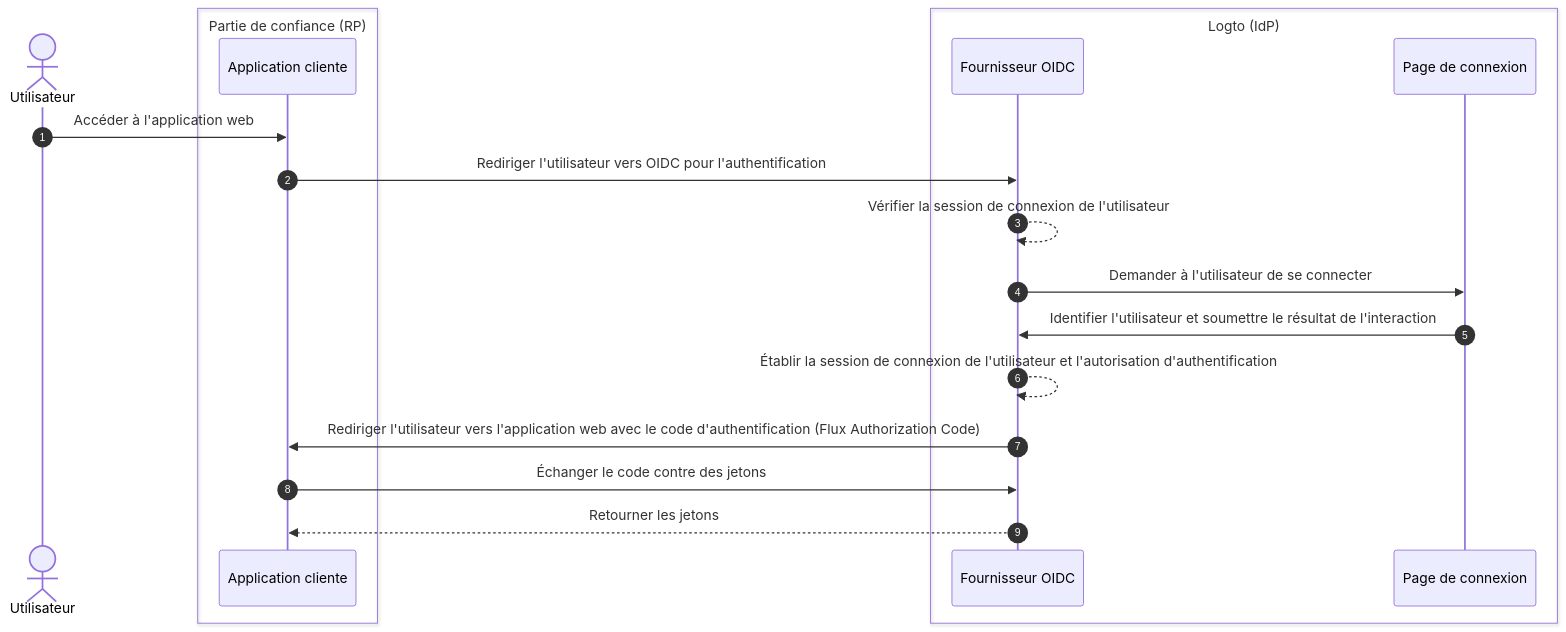
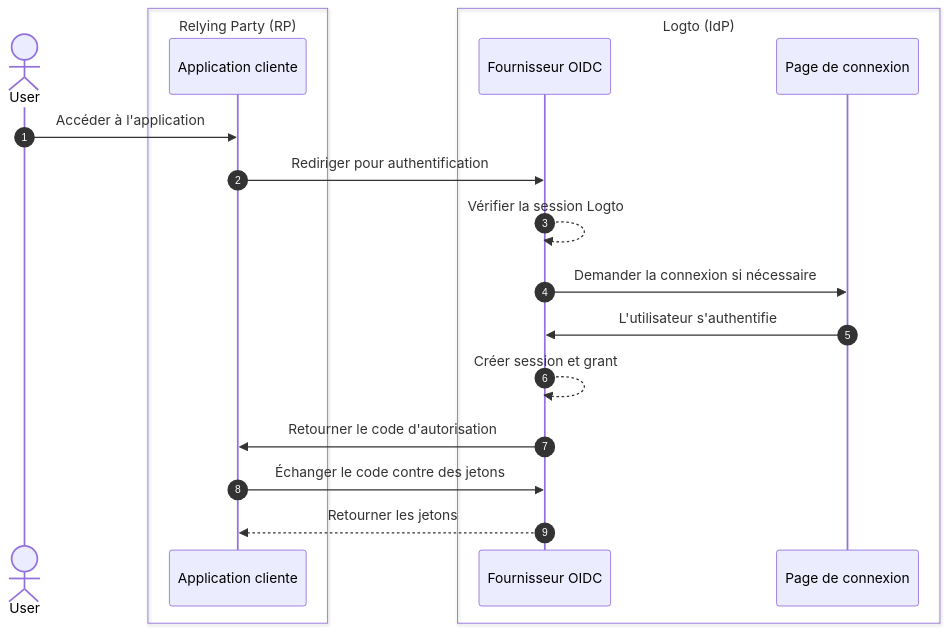
One commit to logto-io/docs changed the second of 5 diagrams in i18n/fr/docusaurus-plugin-content-docs/current/end-user-flows/sign-out.mdx. Above: the diagram before and after it, drawn with Mermaid. The commit also changed other lines of this file and 74 other files, not shown here.

````diff
--- a/i18n/fr/docusaurus-plugin-content-docs/current/end-user-flows/sign-out.mdx
+++ b/i18n/fr/docusaurus-plugin-content-docs/current/end-user-flows/sign-out.mdx
@@ -13,24 +62,24 @@
 ```mermaid
-  sequenceDiagram
-    autonumber
-    actor Utilisateur
+sequenceDiagram
+  autonumber
+  actor User
 
-    box Partie de confiance (RP)
-      participant Client as Application cliente
-    end
+  box Relying Party (RP)
+    participant Client as Application cliente
+  end
 
-    box Logto (IdP)
-      participant OIDC as Fournisseur OIDC
-      participant SignIn as Page de connexion
-    end
+  box Logto (IdP)
+    participant OIDC as Fournisseur OIDC
+    participant SignIn as Page de connexion
+  end
 
-    Utilisateur ->> Client: Accéder à l'application web
-    Client ->> OIDC: Rediriger l'utilisateur vers OIDC pour l'authentification
-    OIDC -->> OIDC: Vérifier la session de connexion de l'utilisateur
-    OIDC ->> SignIn: Demander à l'utilisateur de se connecter
-    SignIn ->> OIDC: Identifier l'utilisateur et soumettre le résultat de l'interaction
-    OIDC -->> OIDC: Établir la session de connexion de l'utilisateur et l'autorisation d'authentification
-    OIDC ->> Client: Rediriger l'utilisateur vers l'application web avec le code d'authentification (Flux Authorization Code)
-    Client ->> OIDC: Échanger le code contre des jetons
-    OIDC -->> Client: Retourner les jetons
+  User ->> Client: Accéder à l'application
+  Client ->> OIDC: Rediriger pour authentification
+  OIDC -->> OIDC: Vérifier la session Logto
+  OIDC ->> SignIn: Demander la connexion si nécessaire
+  SignIn ->> OIDC: L'utilisateur s'authentifie
+  OIDC -->> OIDC: Créer session et grant
+  OIDC ->> Client: Retourner le code d'autorisation
+  Client ->> OIDC: Échanger le code contre des jetons
+  OIDC -->> Client: Retourner les jetons
 ```
````
